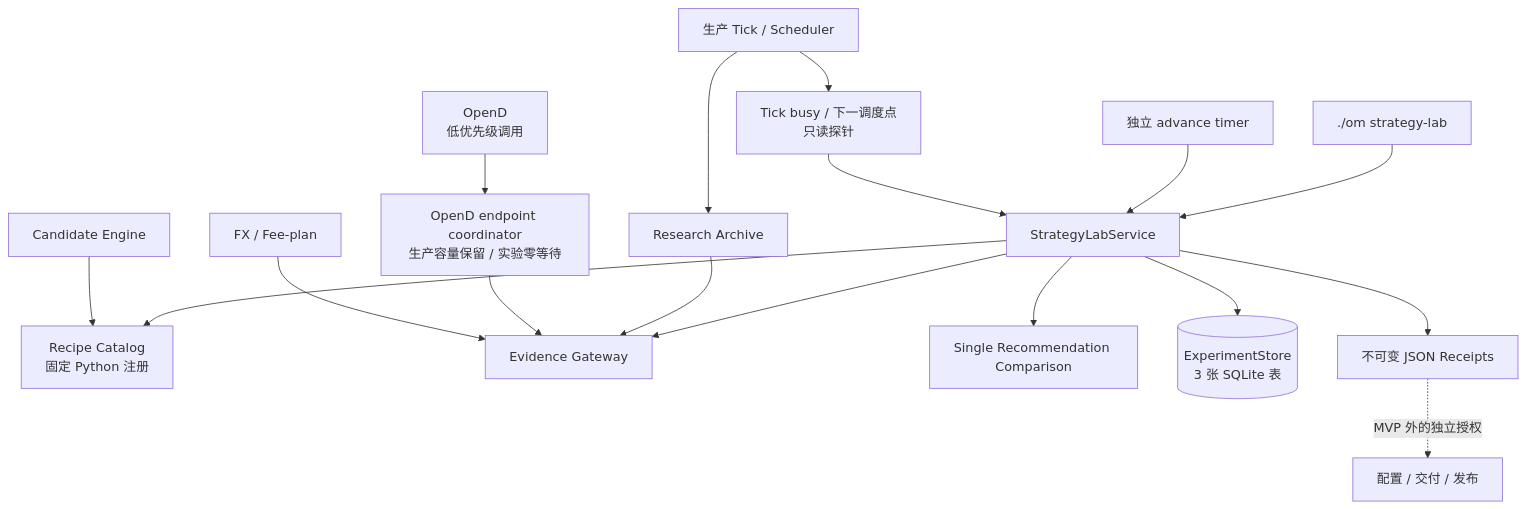
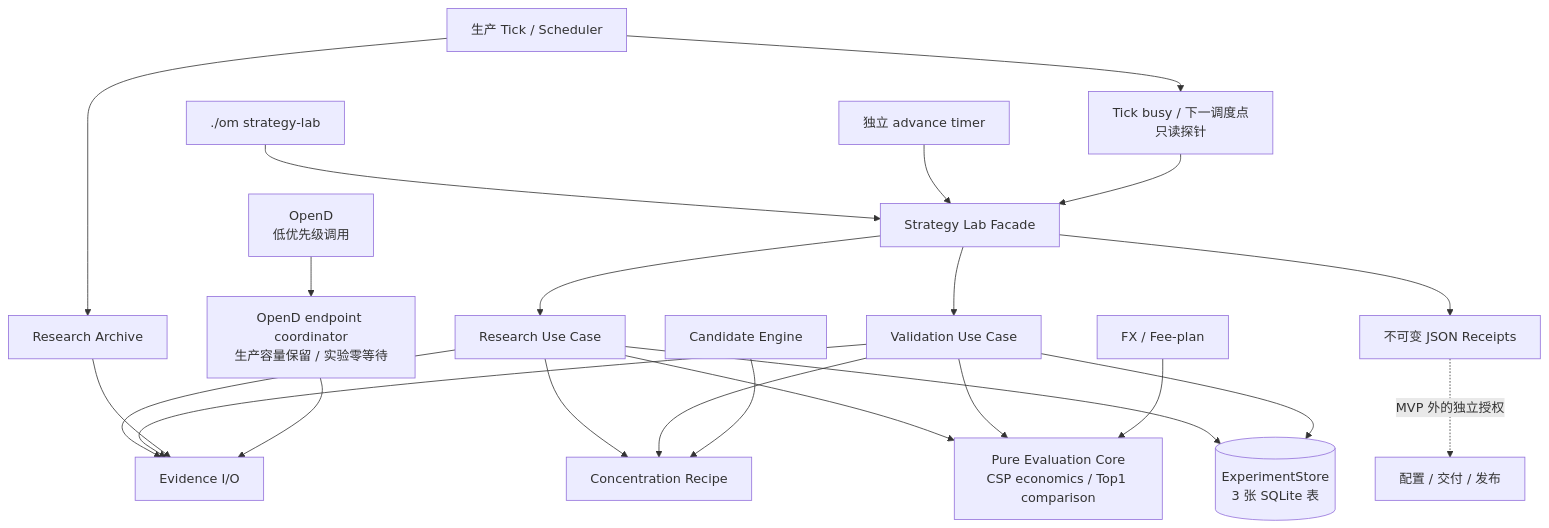
One commit to liuxie066/options-monitor changed the diagram in docs/STRATEGY_LAB_EXPERIMENT_PLATFORM_SYSTEM_DESIGN.md. Above: the diagram before and after it, drawn with Mermaid. The commit also changed other lines of this file and 29 other files, not shown here.

Commit message:
refactor(strategy-lab): simplify internals

````diff
--- a/docs/STRATEGY_LAB_EXPERIMENT_PLATFORM_SYSTEM_DESIGN.md
+++ b/docs/STRATEGY_LAB_EXPERIMENT_PLATFORM_SYSTEM_DESIGN.md
@@ -39,20 +62,26 @@
 ```mermaid
 flowchart TB
-    CLI["./om strategy-lab"] --> S["StrategyLabService"]
-    TIMER["独立 advance timer"] --> S
+    CLI["./om strategy-lab"] --> F["Strategy Lab Facade"]
+    TIMER["独立 advance timer"] --> F
 
-    S --> R["Recipe Catalog\n固定 Python 注册"]
-    S --> E["Evidence Gateway"]
-    S --> C["Single Recommendation Comparison"]
-    S --> ST[("ExperimentStore\n3 张 SQLite 表")]
-    S --> RC["不可变 JSON Receipts"]
+    F --> RS["Research Use Case"]
+    F --> VS["Validation Use Case"]
+    RS --> RP["Concentration Recipe"]
+    VS --> RP
+    RS --> CORE["Pure Evaluation Core\nCSP economics / Top1 comparison"]
+    VS --> CORE
+    RS --> EG["Evidence I/O"]
+    VS --> EG
+    RS --> ST[("ExperimentStore\n3 张 SQLite 表")]
+    VS --> ST
+    F --> RC["不可变 JSON Receipts"]
 
-    CE["Candidate Engine"] --> R
-    RA["Research Archive"] --> E
-    OD["OpenD\n低优先级调用"] --> COORD["OpenD endpoint coordinator\n生产容量保留 / 实验零等待"] --> E
-    FX["FX / Fee-plan"] --> E
+    CE["Candidate Engine"] --> RP
+    RA["Research Archive"] --> EG
+    OD["OpenD\n低优先级调用"] --> COORD["OpenD endpoint coordinator\n生产容量保留 / 实验零等待"] --> EG
+    FX["FX / Fee-plan"] --> CORE
 
     TICK["生产 Tick / Scheduler"] --> RA
-    TICK --> BUSY["Tick busy / 下一调度点\n只读探针"] --> S
+    TICK --> BUSY["Tick busy / 下一调度点\n只读探针"] --> F
     RC -. "MVP 外的独立授权" .-> DELIVERY["配置 / 交付 / 发布"]
 ```
````
